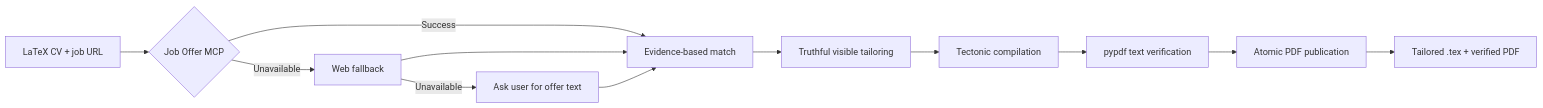
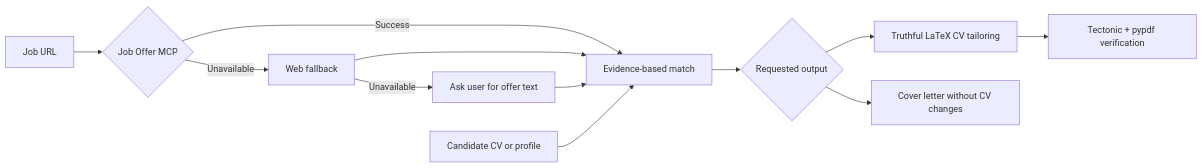
The diagram in README.md (JuanjoLopez19/job-scrapper-mcp), drawn with Mermaid before and after one commit. The commit also changed other lines of this file and 8 other files, not shown here.

````diff
--- a/README.md
+++ b/README.md
@@ -112,14 +133,14 @@
 ```mermaid
 flowchart LR
-    A[LaTeX CV + job URL] --> B{Job Offer MCP}
+    A[Job URL] --> B{Job Offer MCP}
     B -->|Success| E[Evidence-based match]
     B -->|Unavailable| C[Web fallback]
     C -->|Unavailable| D[Ask user for offer text]
     C --> E
     D --> E
-    E --> F[Truthful visible tailoring]
-    F --> G[Tectonic compilation]
-    G --> H[pypdf text verification]
-    H --> I[Atomic PDF publication]
-    I --> J[Tailored .tex + verified PDF]
+    V[Candidate CV or profile] --> E
+    E --> F{Requested output}
+    F --> G[Truthful LaTeX CV tailoring]
+    G --> H[Tectonic + pypdf verification]
+    F --> I[Cover letter without CV changes]
 ```
````
